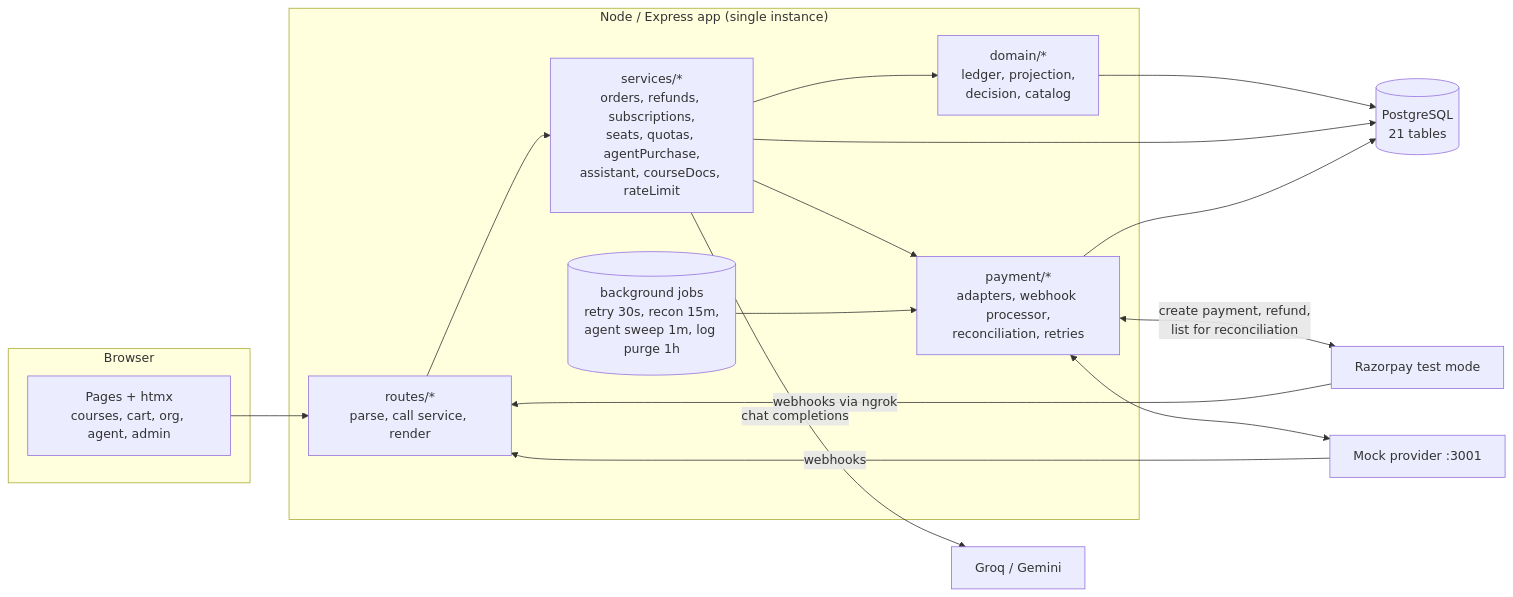
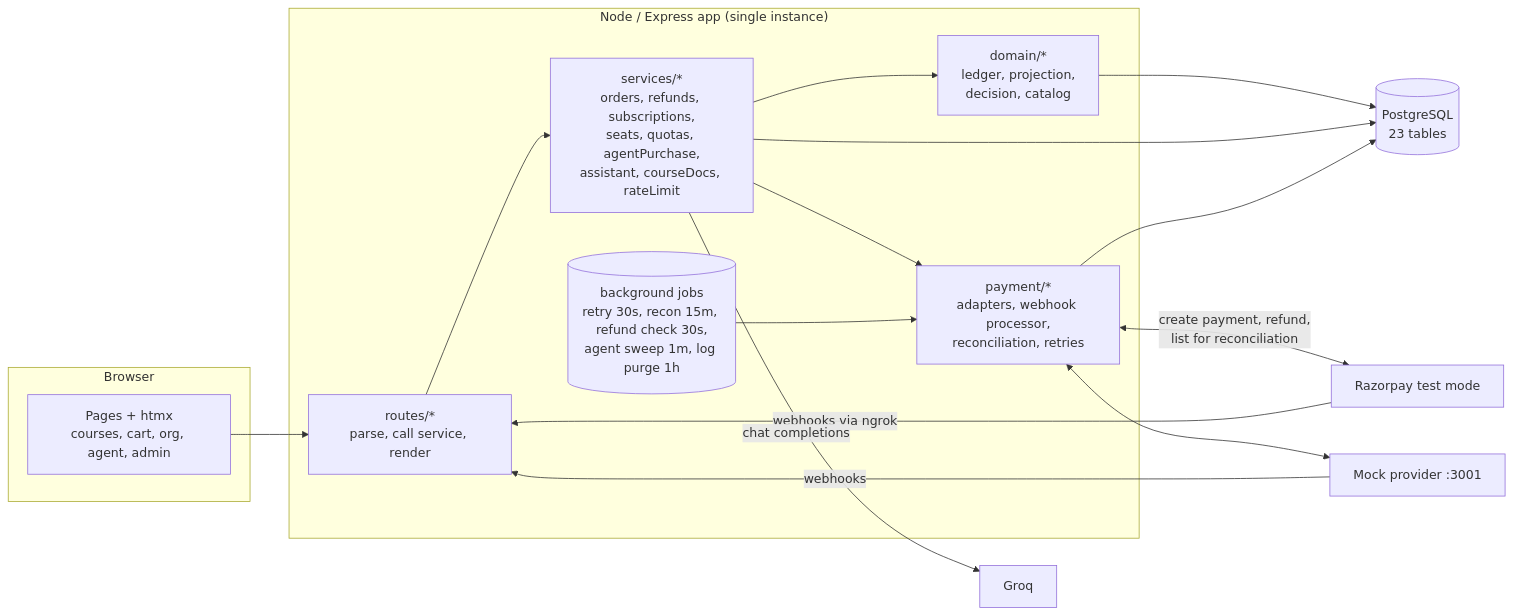
One commit to ANKITHDEEGOJU/proj-pic changed the first of 4 diagrams in docs/PROJECT-OVERVIEW.md. Above: the diagram before and after it, drawn with Mermaid. The commit also changed other lines of this file and 33 other files, not shown here.

````diff
--- a/docs/PROJECT-OVERVIEW.md
+++ b/docs/PROJECT-OVERVIEW.md
@@ -91,28 +91,28 @@
 ```mermaid
 flowchart LR
   subgraph Browser
     UI[Pages + htmx<br/>courses, cart, org, agent, admin]
   end
   subgraph App["Node / Express app (single instance)"]
     R[routes/*<br/>parse, call service, render]
     S[services/*<br/>orders, refunds, subscriptions,<br/>seats, quotas, agentPurchase,<br/>assistant, courseDocs, rateLimit]
     D[domain/*<br/>ledger, projection,<br/>decision, catalog]
     P[payment/*<br/>adapters, webhook processor,<br/>reconciliation, retries]
-    J[(background jobs<br/>retry 30s, recon 15m,<br/>agent sweep 1m, log purge 1h)]
+    J[(background jobs<br/>retry 30s, recon 15m, refund check 30s,<br/>agent sweep 1m, log purge 1h)]
   end
-  DB[(PostgreSQL<br/>21 tables)]
+  DB[(PostgreSQL<br/>23 tables)]
   RZ[Razorpay test mode]
   MK[Mock provider :3001]
-  LLM[Groq / Gemini]
+  LLM[Groq]
   UI --> R --> S --> D
   S --> P
   D --> DB
   S --> DB
   P --> DB
   P <-->|create payment, refund,<br/>list for reconciliation| RZ
   P <--> MK
   RZ -->|webhooks via ngrok| R
   MK -->|webhooks| R
   S -->|chat completions| LLM
   J --> P
 ```
````
